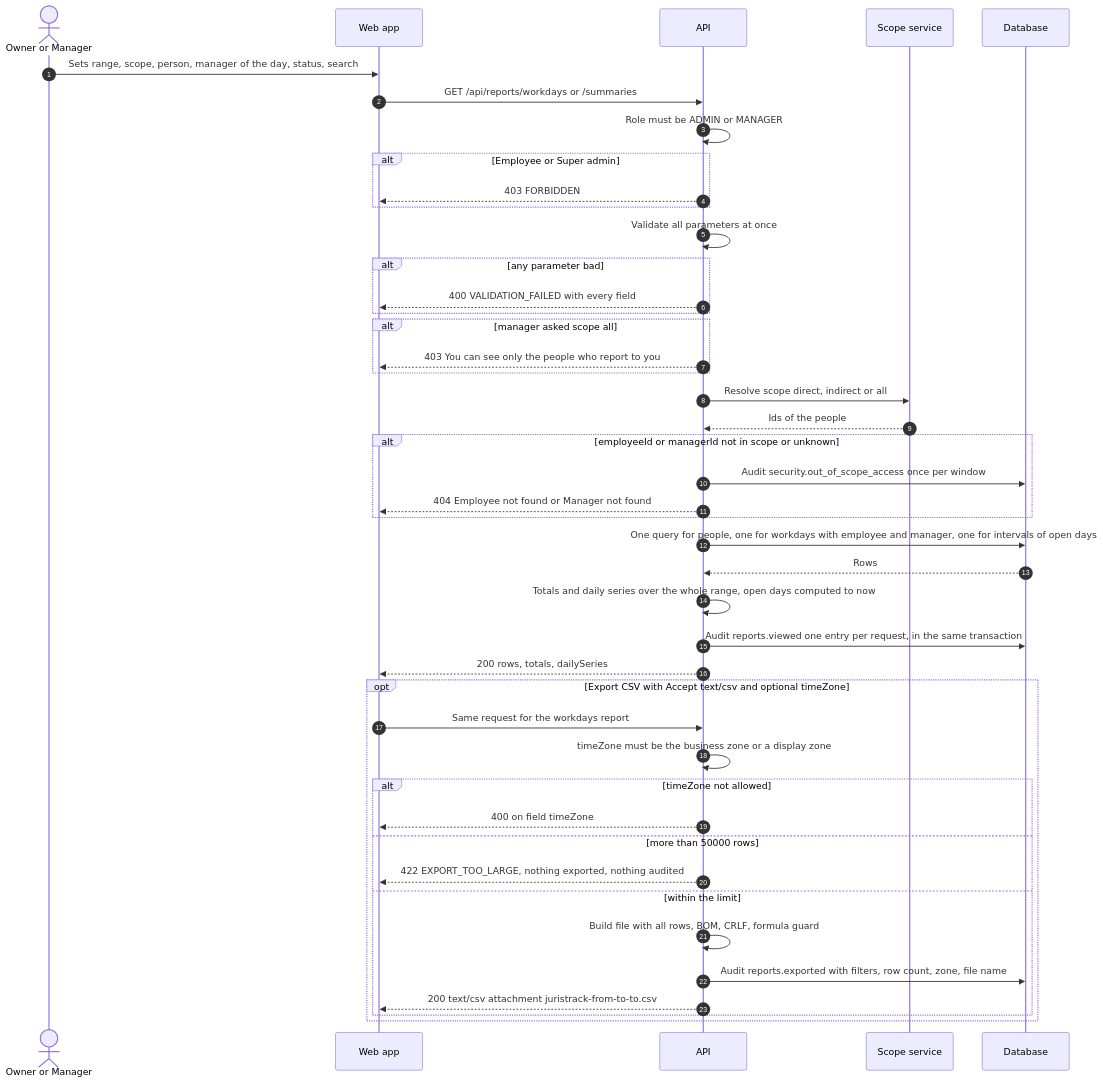
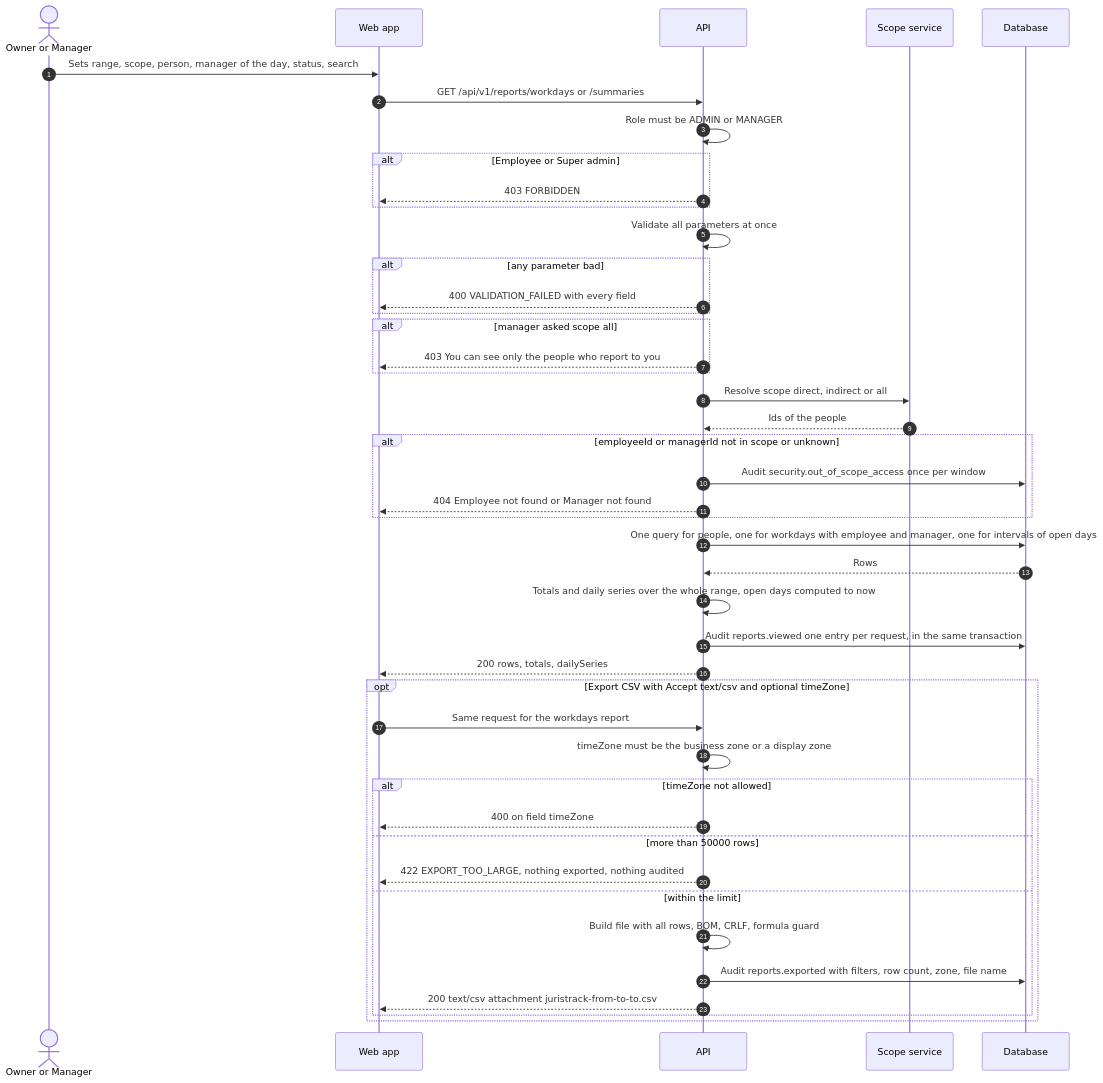
Before and after one commit to amitjurislpo/juris-track: the ninth of 21 diagrams in references/FLOW-JurisTrack.md, drawn with Mermaid. The commit also changed other lines of this file and 100 other files, not shown here.

````diff
--- a/references/FLOW-JurisTrack.md
+++ b/references/FLOW-JurisTrack.md
@@ -317,47 +317,47 @@
 ```mermaid
 sequenceDiagram
     autonumber
     actor U as Owner or Manager
     participant W as Web app
     participant A as API
     participant S as Scope service
     participant D as Database
 
     U->>W: Sets range, scope, person, manager of the day, status, search
-    W->>A: GET /api/reports/workdays or /summaries
+    W->>A: GET /api/v1/reports/workdays or /summaries
     A->>A: Role must be ADMIN or MANAGER
     alt Employee or Super admin
         A-->>W: 403 FORBIDDEN
     end
     A->>A: Validate all parameters at once
     alt any parameter bad
         A-->>W: 400 VALIDATION_FAILED with every field
     end
     alt manager asked scope all
         A-->>W: 403 You can see only the people who report to you
     end
     A->>S: Resolve scope direct, indirect or all
     S-->>A: Ids of the people
     alt employeeId or managerId not in scope or unknown
         A->>D: Audit security.out_of_scope_access once per window
         A-->>W: 404 Employee not found or Manager not found
     end
     A->>D: One query for people, one for workdays with employee and manager, one for intervals of open days
     D-->>A: Rows
     A->>A: Totals and daily series over the whole range, open days computed to now
     A->>D: Audit reports.viewed one entry per request, in the same transaction
     A-->>W: 200 rows, totals, dailySeries
     opt Export CSV with Accept text/csv and optional timeZone
         W->>A: Same request for the workdays report
         A->>A: timeZone must be the business zone or a display zone
         alt timeZone not allowed
             A-->>W: 400 on field timeZone
         else more than 50000 rows
             A-->>W: 422 EXPORT_TOO_LARGE, nothing exported, nothing audited
         else within the limit
             A->>A: Build file with all rows, BOM, CRLF, formula guard
             A->>D: Audit reports.exported with filters, row count, zone, file name
             A-->>W: 200 text/csv attachment juristrack-from-to-to.csv
         end
     end
 ```
````
